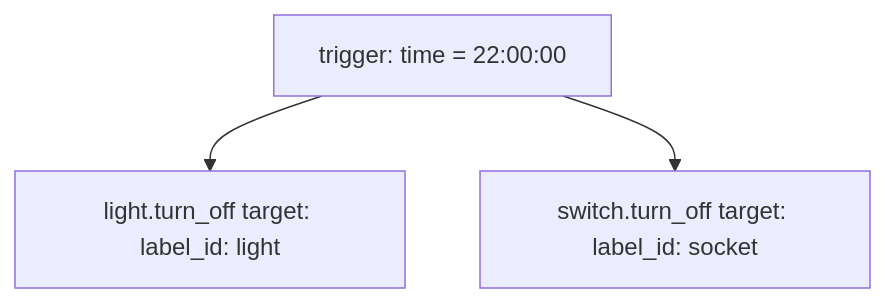
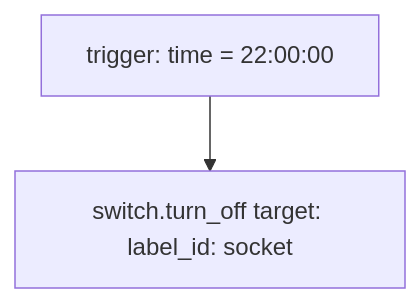
The diagram in docs/automations/schedule.md (nerami/terminus-config), drawn with Mermaid before and after one commit. The commit also changed other lines of this file and 15 other files, not shown here.

````diff
--- a/docs/automations/schedule.md
+++ b/docs/automations/schedule.md
@@ -10,6 +13,5 @@
 ```mermaid
 flowchart TD
     T["trigger: time = 22:00:00"]
-    T --> A1["light.turn_off target: label_id: light"]
-    T --> A2["switch.turn_off target: label_id: socket"]
+    T --> A["switch.turn_off target: label_id: socket"]
 ```
````
